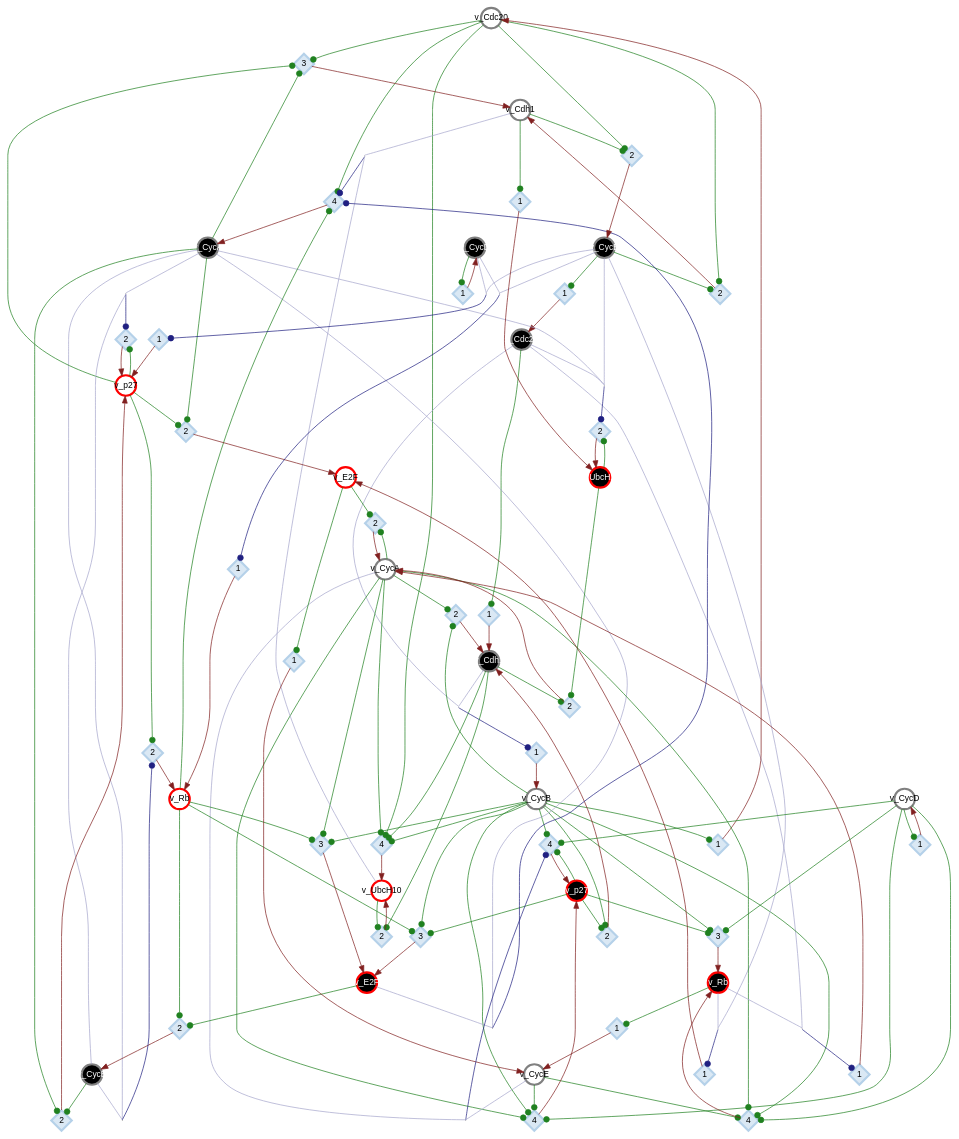
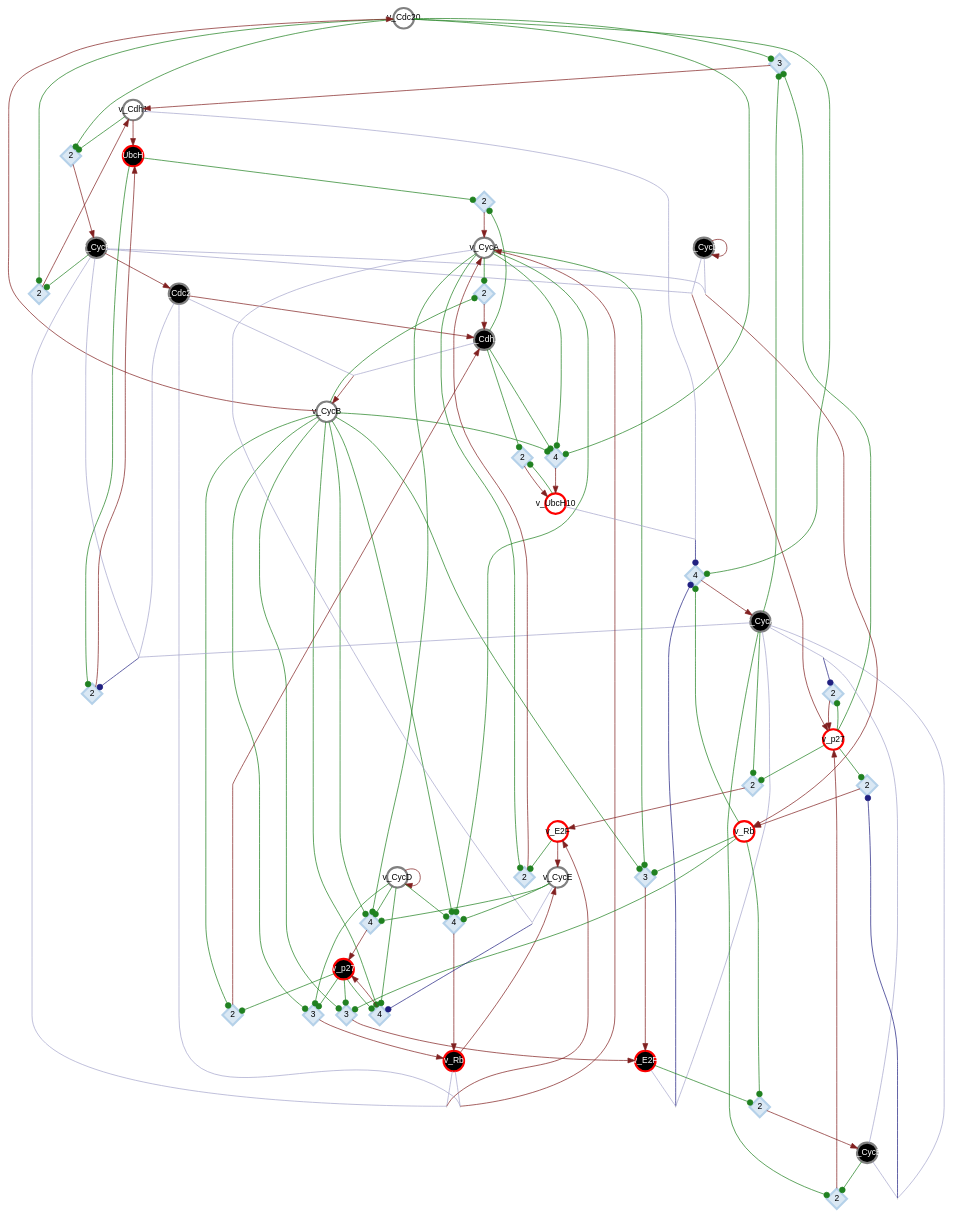
The diagram in dev/logs/dcm_bbm_figures/023__MAMMALIAN-CELL-CYCLE-2006/legacy_simplify.gv (CASCI-lab/CANA), drawn with Graphviz before and after one commit. The commit also changed 5 other files, not shown here.

```diff
--- a/dev/logs/dcm_bbm_figures/023__MAMMALIAN-CELL-CYCLE-2006/legacy_simplify.gv
+++ b/dev/logs/dcm_bbm_figures/023__MAMMALIAN-CELL-CYCLE-2006/legacy_simplify.gv
@@ -4,9 +4,7 @@
 	edge [arrowhead=dot arrowsize=1 color=gray]
 	"var-0-out-0" [label=v_Cdc20 color=gray fillcolor=white fontcolor=black]
 	"var-0-out-1" [label=v_Cdc20 color=gray fillcolor=black fontcolor=white]
-	"thr-0-var-0-out-0" [label=1 color="#b5d1e9" fillcolor="#dae8f4" fontcolor=black height=.4 shape=diamond style="filled,solid" width=.4]
 	"var-3-out-0" [label=v_CycB color=gray fillcolor=white fontcolor=black]
-	"thr-1-var-0-out-1" [label=1 color="#b5d1e9" fillcolor="#dae8f4" fontcolor=black height=.4 shape=diamond style="filled,solid" width=.4]
 	"var-3-out-1" [label=v_CycB color=gray fillcolor=black fontcolor=white]
 	"var-1-out-0" [label=v_Cdh1 color=gray fillcolor=white fontcolor=black]
 	"var-1-out-1" [label=v_Cdh1 color=gray fillcolor=black fontcolor=white]
@@ -14,12 +12,10 @@
 	"var-2-out-1" [label=v_CycA color=gray fillcolor=black fontcolor=white]
 	"var-9-out-0" [label=v_p27 color=red fillcolor=white fontcolor=black]
 	"thr-1-var-1-out-0" [label=2 color="#b5d1e9" fillcolor="#dae8f4" fontcolor=black height=.4 shape=diamond style="filled,solid" width=.4]
-	"thr-2-var-1-out-1" [label=1 color="#b5d1e9" fillcolor="#dae8f4" fontcolor=black height=.4 shape=diamond style="filled,solid" width=.4]
 	"thr-3-var-1-out-1" [label=2 color="#b5d1e9" fillcolor="#dae8f4" fontcolor=black height=.4 shape=diamond style="filled,solid" width=.4]
 	"var-2-out-0" [label=v_CycA color=gray fillcolor=white fontcolor=black]
 	"thr-4-var-1-out-1" [label=2 color="#b5d1e9" fillcolor="#dae8f4" fontcolor=black height=.4 shape=diamond style="filled,solid" width=.4]
 	"var-9-out-1" [label=v_p27 color=red fillcolor=black fontcolor=white]
-	"thr-0-var-2-out-0" [label=1 color="#b5d1e9" fillcolor="#dae8f4" fontcolor=black height=.4 shape=diamond style="filled,solid" width=.4]
 	"fus-0-grp-0-thr-0-var-2-out-1" [label="" height=0 margin=0 shape=none width=0]
 	"var-7-out-1" [label=v_Rb color=red fillcolor=black fontcolor=white]
 	"thr-1-var-2-out-0" [label=2 color="#b5d1e9" fillcolor="#dae8f4" fontcolor=black height=.4 shape=diamond style="filled,solid" width=.4]
@@ -32,26 +28,19 @@
 	"var-8-out-0" [label=v_UbcH10 color=red fillcolor=white fontcolor=black]
 	"fus-0-grp-1-thr-3-var-2-out-1" [label="" height=0 margin=0 shape=none width=0]
 	"var-6-out-1" [label=v_E2F color=red fillcolor=black fontcolor=white]
-	"thr-0-var-3-out-0" [label=1 color="#b5d1e9" fillcolor="#dae8f4" fontcolor=black height=.4 shape=diamond style="filled,solid" width=.4]
 	"fus-0-grp-0-thr-0-var-3-out-1" [label="" height=0 margin=0 shape=none width=0]
 	"thr-1-var-3-out-1" [label=2 color="#b5d1e9" fillcolor="#dae8f4" fontcolor=black height=.4 shape=diamond style="filled,solid" width=.4]
 	"var-4-out-0" [label=v_CycD color=gray fillcolor=white fontcolor=black]
 	"var-4-out-1" [label=v_CycD color=gray fillcolor=black fontcolor=white]
-	"thr-0-var-4-out-0" [label=1 color="#b5d1e9" fillcolor="#dae8f4" fontcolor=black height=.4 shape=diamond style="filled,solid" width=.4]
-	"thr-1-var-4-out-1" [label=1 color="#b5d1e9" fillcolor="#dae8f4" fontcolor=black height=.4 shape=diamond style="filled,solid" width=.4]
 	"var-5-out-0" [label=v_CycE color=gray fillcolor=white fontcolor=black]
 	"var-5-out-1" [label=v_CycE color=gray fillcolor=black fontcolor=white]
-	"thr-0-var-5-out-0" [label=1 color="#b5d1e9" fillcolor="#dae8f4" fontcolor=black height=.4 shape=diamond style="filled,solid" width=.4]
-	"thr-1-var-5-out-0" [label=1 color="#b5d1e9" fillcolor="#dae8f4" fontcolor=black height=.4 shape=diamond style="filled,solid" width=.4]
 	"thr-2-var-5-out-1" [label=2 color="#b5d1e9" fillcolor="#dae8f4" fontcolor=black height=.4 shape=diamond style="filled,solid" width=.4]
 	"thr-0-var-6-out-0" [label=2 color="#b5d1e9" fillcolor="#dae8f4" fontcolor=black height=.4 shape=diamond style="filled,solid" width=.4]
-	"thr-1-var-6-out-0" [label=1 color="#b5d1e9" fillcolor="#dae8f4" fontcolor=black height=.4 shape=diamond style="filled,solid" width=.4]
 	"fus-0-grp-0-thr-1-var-6-out-1" [label="" height=0 margin=0 shape=none width=0]
 	"thr-2-var-6-out-1" [label=3 color="#b5d1e9" fillcolor="#dae8f4" fontcolor=black height=.4 shape=diamond style="filled,solid" width=.4]
 	"thr-3-var-6-out-1" [label=3 color="#b5d1e9" fillcolor="#dae8f4" fontcolor=black height=.4 shape=diamond style="filled,solid" width=.4]
 	"thr-0-var-7-out-0" [label=2 color="#b5d1e9" fillcolor="#dae8f4" fontcolor=black height=.4 shape=diamond style="filled,solid" width=.4]
 	"fus-0-grp-0-thr-0-var-7-out-1" [label="" height=0 margin=0 shape=none width=0]
-	"thr-1-var-7-out-0" [label=1 color="#b5d1e9" fillcolor="#dae8f4" fontcolor=black height=.4 shape=diamond style="filled,solid" width=.4]
 	"fus-0-grp-0-thr-1-var-7-out-1" [label="" height=0 margin=0 shape=none width=0]
 	"thr-2-var-7-out-1" [label=4 color="#b5d1e9" fillcolor="#dae8f4" fontcolor=black height=.4 shape=diamond style="filled,solid" width=.4]
 	"thr-3-var-7-out-1" [label=3 color="#b5d1e9" fillcolor="#dae8f4" fontcolor=black height=.4 shape=diamond style="filled,solid" width=.4]
@@ -59,11 +48,9 @@
 	"thr-1-var-8-out-0" [label=2 color="#b5d1e9" fillcolor="#dae8f4" fontcolor=black height=.4 shape=diamond style="filled,solid" width=.4]
 	"thr-2-var-8-out-1" [label=2 color="#b5d1e9" fillcolor="#dae8f4" fontcolor=black height=.4 shape=diamond style="filled,solid" width=.4]
 	"fus-0-grp-0-thr-2-var-8-out-1" [label="" height=0 margin=0 shape=none width=0]
-	"thr-3-var-8-out-1" [label=1 color="#b5d1e9" fillcolor="#dae8f4" fontcolor=black height=.4 shape=diamond style="filled,solid" width=.4]
 	"thr-0-var-9-out-0" [label=2 color="#b5d1e9" fillcolor="#dae8f4" fontcolor=black height=.4 shape=diamond style="filled,solid" width=.4]
 	"thr-1-var-9-out-0" [label=2 color="#b5d1e9" fillcolor="#dae8f4" fontcolor=black height=.4 shape=diamond style="filled,solid" width=.4]
 	"fus-0-grp-0-thr-1-var-9-out-1" [label="" height=0 margin=0 shape=none width=0]
-	"thr-2-var-9-out-0" [label=1 color="#b5d1e9" fillcolor="#dae8f4" fontcolor=black height=.4 shape=diamond style="filled,solid" width=.4]
 	"fus-0-grp-0-thr-2-var-9-out-1" [label="" height=0 margin=0 shape=none width=0]
 	"thr-3-var-9-out-1" [label=4 color="#b5d1e9" fillcolor="#dae8f4" fontcolor=black height=.4 shape=diamond style="filled,solid" width=.4]
 	"thr-4-var-9-out-1" [label=4 color="#b5d1e9" fillcolor="#dae8f4" fontcolor=black height=.4 shape=diamond style="filled,solid" width=.4]
@@ -73,12 +60,10 @@
 	"var-0-out-0" -> "thr-3-var-2-out-1" [arrowhead=dot color="#208120"]
 	"var-0-out-0" -> "thr-1-var-3-out-1" [arrowhead=dot color="#208120"]
 	"var-0-out-0" -> "thr-0-var-8-out-0" [arrowhead=dot color="#208120"]
-	"var-0-out-1" -> "thr-2-var-1-out-1" [arrowhead=dot color="#208120"]
 	"var-0-out-1" -> "fus-0-grp-0-thr-0-var-2-out-1" [arrowhead=none color="#a5a5cc"]
 	"var-0-out-1" -> "fus-0-grp-0-thr-0-var-3-out-1" [arrowhead=none color="#a5a5cc"]
 	"var-0-out-1" -> "fus-0-grp-0-thr-2-var-8-out-1" [arrowhead=none color="#a5a5cc"]
-	"thr-0-var-0-out-0" -> "var-0-out-0" [arrowhead=normal color="#812020"]
-	"var-3-out-0" -> "thr-0-var-0-out-0" [arrowhead=dot color="#208120"]
+	"var-0-out-1" -> "var-1-out-1" [arrowhead=normal color="#812020"]
 	"var-3-out-0" -> "thr-3-var-1-out-1" [arrowhead=dot color="#208120"]
 	"var-3-out-0" -> "thr-4-var-1-out-1" [arrowhead=dot color="#208120"]
 	"var-3-out-0" -> "thr-2-var-6-out-1" [arrowhead=dot color="#208120"]
@@ -88,16 +73,16 @@
 	"var-3-out-0" -> "thr-0-var-8-out-0" [arrowhead=dot color="#208120"]
 	"var-3-out-0" -> "thr-3-var-9-out-1" [arrowhead=dot color="#208120"]
 	"var-3-out-0" -> "thr-4-var-9-out-1" [arrowhead=dot color="#208120"]
-	"thr-1-var-0-out-1" -> "var-0-out-1" [arrowhead=normal color="#812020"]
-	"var-3-out-1" -> "thr-1-var-0-out-1" [arrowhead=dot color="#208120"]
+	"var-3-out-0" -> "var-0-out-0" [arrowhead=normal color="#812020"]
 	"var-3-out-1" -> "thr-1-var-1-out-0" [arrowhead=dot color="#208120"]
 	"var-3-out-1" -> "fus-0-grp-0-thr-1-var-6-out-1" [arrowhead=none color="#a5a5cc"]
 	"var-3-out-1" -> "fus-0-grp-0-thr-1-var-7-out-1" [arrowhead=none color="#a5a5cc"]
 	"var-3-out-1" -> "fus-0-grp-0-thr-2-var-8-out-1" [arrowhead=none color="#a5a5cc"]
 	"var-3-out-1" -> "fus-0-grp-0-thr-2-var-9-out-1" [arrowhead=none color="#a5a5cc"]
+	"var-3-out-1" -> "var-0-out-1" [arrowhead=normal color="#812020"]
 	"var-1-out-0" -> "fus-0-grp-0-thr-3-var-2-out-0" [arrowhead=none color="#a5a5cc"]
 	"var-1-out-0" -> "thr-1-var-3-out-1" [arrowhead=dot color="#208120"]
-	"var-1-out-0" -> "thr-3-var-8-out-1" [arrowhead=dot color="#208120"]
+	"var-1-out-0" -> "var-8-out-1" [arrowhead=normal color="#812020"]
 	"var-1-out-1" -> "thr-1-var-2-out-0" [arrowhead=dot color="#208120"]
 	"var-1-out-1" -> "fus-0-grp-0-thr-0-var-3-out-1" [arrowhead=none color="#a5a5cc"]
 	"var-1-out-1" -> "thr-0-var-8-out-0" [arrowhead=dot color="#208120"]
@@ -115,7 +100,6 @@
 	"var-9-out-0" -> "thr-0-var-7-out-0" [arrowhead=dot color="#208120"]
 	"var-9-out-0" -> "thr-1-var-9-out-0" [arrowhead=dot color="#208120"]
 	"thr-1-var-1-out-0" -> "var-1-out-0" [arrowhead=normal color="#812020"]
-	"thr-2-var-1-out-1" -> "var-1-out-1" [arrowhead=normal color="#812020"]
 	"thr-3-var-1-out-1" -> "var-1-out-1" [arrowhead=normal color="#812020"]
 	"var-2-out-0" -> "thr-3-var-1-out-1" [arrowhead=dot color="#208120"]
 	"var-2-out-0" -> "thr-2-var-2-out-0" [arrowhead=dot color="#208120"]
@@ -129,17 +113,16 @@
 	"var-9-out-1" -> "thr-3-var-6-out-1" [arrowhead=dot color="#208120"]
 	"var-9-out-1" -> "thr-3-var-7-out-1" [arrowhead=dot color="#208120"]
 	"var-9-out-1" -> "thr-4-var-9-out-1" [arrowhead=dot color="#208120"]
-	"thr-0-var-2-out-0" -> "var-2-out-0" [arrowhead=normal color="#812020"]
-	"fus-0-grp-0-thr-0-var-2-out-1" -> "thr-0-var-2-out-0" [arrowhead=dot color="#202081"]
+	"fus-0-grp-0-thr-0-var-2-out-1" -> "var-2-out-0" [arrowhead=normal color="#812020"]
 	"var-7-out-1" -> "fus-0-grp-0-thr-0-var-2-out-1" [arrowhead=none color="#a5a5cc"]
-	"var-7-out-1" -> "thr-1-var-5-out-0" [arrowhead=dot color="#208120"]
 	"var-7-out-1" -> "fus-0-grp-0-thr-1-var-6-out-1" [arrowhead=none color="#a5a5cc"]
+	"var-7-out-1" -> "var-5-out-0" [arrowhead=normal color="#812020"]
 	"thr-1-var-2-out-0" -> "var-2-out-0" [arrowhead=normal color="#812020"]
 	"var-8-out-1" -> "thr-1-var-2-out-0" [arrowhead=dot color="#208120"]
 	"var-8-out-1" -> "thr-2-var-8-out-1" [arrowhead=dot color="#208120"]
 	"thr-2-var-2-out-0" -> "var-2-out-0" [arrowhead=normal color="#812020"]
 	"var-6-out-0" -> "thr-2-var-2-out-0" [arrowhead=dot color="#208120"]
-	"var-6-out-0" -> "thr-0-var-5-out-0" [arrowhead=dot color="#208120"]
+	"var-6-out-0" -> "var-5-out-0" [arrowhead=normal color="#812020"]
 	"thr-3-var-2-out-1" -> "var-2-out-1" [arrowhead=normal color="#812020"]
 	"var-7-out-0" -> "thr-3-var-2-out-1" [arrowhead=dot color="#208120"]
 	"var-7-out-0" -> "thr-2-var-5-out-1" [arrowhead=dot color="#208120"]
@@ -151,49 +134,40 @@
 	"fus-0-grp-1-thr-3-var-2-out-1" -> "thr-3-var-2-out-1" [arrowhead=dot color="#202081"]
 	"var-6-out-1" -> "fus-0-grp-1-thr-3-var-2-out-1" [arrowhead=none color="#a5a5cc"]
 	"var-6-out-1" -> "thr-2-var-5-out-1" [arrowhead=dot color="#208120"]
-	"thr-0-var-3-out-0" -> "var-3-out-0" [arrowhead=normal color="#812020"]
-	"fus-0-grp-0-thr-0-var-3-out-1" -> "thr-0-var-3-out-0" [arrowhead=dot color="#202081"]
+	"fus-0-grp-0-thr-0-var-3-out-1" -> "var-3-out-0" [arrowhead=normal color="#812020"]
 	"thr-1-var-3-out-1" -> "var-3-out-1" [arrowhead=normal color="#812020"]
-	"var-4-out-0" -> "thr-0-var-4-out-0" [arrowhead=dot color="#208120"]
 	"var-4-out-0" -> "thr-2-var-7-out-1" [arrowhead=dot color="#208120"]
 	"var-4-out-0" -> "thr-3-var-7-out-1" [arrowhead=dot color="#208120"]
 	"var-4-out-0" -> "thr-3-var-9-out-1" [arrowhead=dot color="#208120"]
 	"var-4-out-0" -> "thr-4-var-9-out-1" [arrowhead=dot color="#208120"]
-	"var-4-out-1" -> "thr-1-var-4-out-1" [arrowhead=dot color="#208120"]
+	"var-4-out-0" -> "var-4-out-0" [arrowhead=normal color="#812020"]
 	"var-4-out-1" -> "fus-0-grp-0-thr-1-var-7-out-1" [arrowhead=none color="#a5a5cc"]
 	"var-4-out-1" -> "fus-0-grp-0-thr-2-var-9-out-1" [arrowhead=none color="#a5a5cc"]
-	"thr-0-var-4-out-0" -> "var-4-out-0" [arrowhead=normal color="#812020"]
-	"thr-1-var-4-out-1" -> "var-4-out-1" [arrowhead=normal color="#812020"]
+	"var-4-out-1" -> "var-4-out-1" [arrowhead=normal color="#812020"]
 	"var-5-out-0" -> "thr-2-var-7-out-1" [arrowhead=dot color="#208120"]
 	"var-5-out-0" -> "thr-3-var-9-out-1" [arrowhead=dot color="#208120"]
 	"var-5-out-0" -> "fus-0-grp-0-thr-4-var-9-out-0" [arrowhead=none color="#a5a5cc"]
 	"var-5-out-1" -> "fus-0-grp-0-thr-0-var-7-out-1" [arrowhead=none color="#a5a5cc"]
 	"var-5-out-1" -> "thr-0-var-9-out-0" [arrowhead=dot color="#208120"]
 	"var-5-out-1" -> "fus-0-grp-0-thr-1-var-9-out-1" [arrowhead=none color="#a5a5cc"]
-	"thr-0-var-5-out-0" -> "var-5-out-0" [arrowhead=normal color="#812020"]
-	"thr-1-var-5-out-0" -> "var-5-out-0" [arrowhead=normal color="#812020"]
 	"thr-2-var-5-out-1" -> "var-5-out-1" [arrowhead=normal color="#812020"]
 	"thr-0-var-6-out-0" -> "var-6-out-0" [arrowhead=normal color="#812020"]
-	"thr-1-var-6-out-0" -> "var-6-out-0" [arrowhead=normal color="#812020"]
-	"fus-0-grp-0-thr-1-var-6-out-1" -> "thr-1-var-6-out-0" [arrowhead=dot color="#202081"]
+	"fus-0-grp-0-thr-1-var-6-out-1" -> "var-6-out-0" [arrowhead=normal color="#812020"]
 	"thr-2-var-6-out-1" -> "var-6-out-1" [arrowhead=normal color="#812020"]
 	"thr-3-var-6-out-1" -> "var-6-out-1" [arrowhead=normal color="#812020"]
 	"thr-0-var-7-out-0" -> "var-7-out-0" [arrowhead=normal color="#812020"]
 	"fus-0-grp-0-thr-0-var-7-out-1" -> "thr-0-var-7-out-0" [arrowhead=dot color="#202081"]
-	"thr-1-var-7-out-0" -> "var-7-out-0" [arrowhead=normal color="#812020"]
-	"fus-0-grp-0-thr-1-var-7-out-1" -> "thr-1-var-7-out-0" [arrowhead=dot color="#202081"]
+	"fus-0-grp-0-thr-1-var-7-out-1" -> "var-7-out-0" [arrowhead=normal color="#812020"]
 	"thr-2-var-7-out-1" -> "var-7-out-1" [arrowhead=normal color="#812020"]
 	"thr-3-var-7-out-1" -> "var-7-out-1" [arrowhead=normal color="#812020"]
 	"thr-0-var-8-out-0" -> "var-8-out-0" [arrowhead=normal color="#812020"]
 	"thr-1-var-8-out-0" -> "var-8-out-0" [arrowhead=normal color="#812020"]
 	"thr-2-var-8-out-1" -> "var-8-out-1" [arrowhead=normal color="#812020"]
 	"fus-0-grp-0-thr-2-var-8-out-1" -> "thr-2-var-8-out-1" [arrowhead=dot color="#202081"]
-	"thr-3-var-8-out-1" -> "var-8-out-1" [arrowhead=normal color="#812020"]
 	"thr-0-var-9-out-0" -> "var-9-out-0" [arrowhead=normal color="#812020"]
 	"thr-1-var-9-out-0" -> "var-9-out-0" [arrowhead=normal color="#812020"]
 	"fus-0-grp-0-thr-1-var-9-out-1" -> "thr-1-var-9-out-0" [arrowhead=dot color="#202081"]
-	"thr-2-var-9-out-0" -> "var-9-out-0" [arrowhead=normal color="#812020"]
-	"fus-0-grp-0-thr-2-var-9-out-1" -> "thr-2-var-9-out-0" [arrowhead=dot color="#202081"]
+	"fus-0-grp-0-thr-2-var-9-out-1" -> "var-9-out-0" [arrowhead=normal color="#812020"]
 	"thr-3-var-9-out-1" -> "var-9-out-1" [arrowhead=normal color="#812020"]
 	"thr-4-var-9-out-1" -> "var-9-out-1" [arrowhead=normal color="#812020"]
 	"fus-0-grp-0-thr-4-var-9-out-0" -> "thr-4-var-9-out-1" [arrowhead=dot color="#202081"]
```
